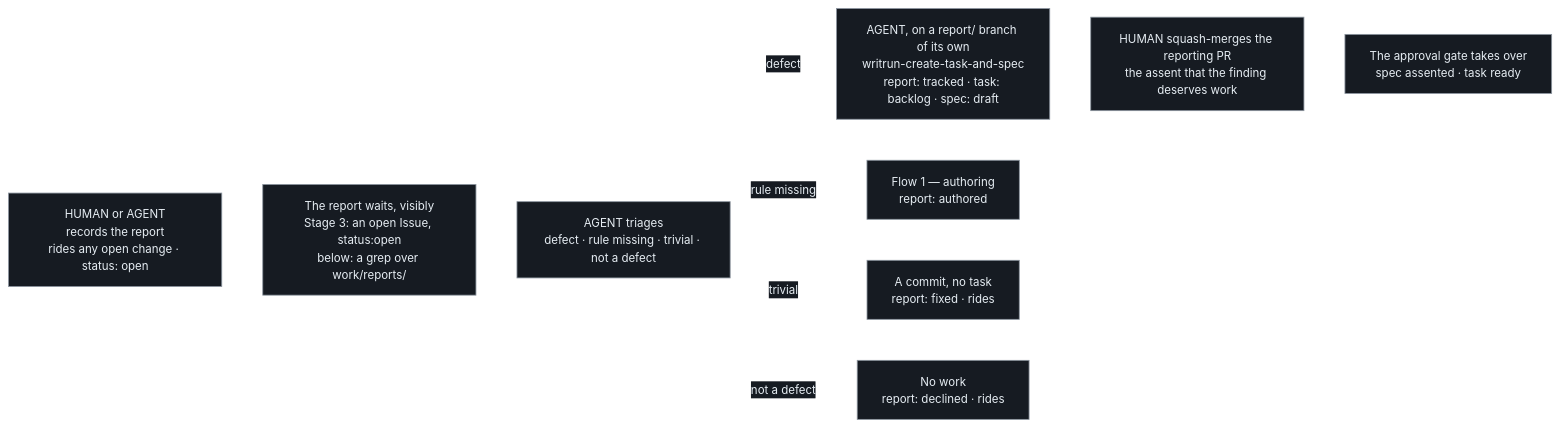
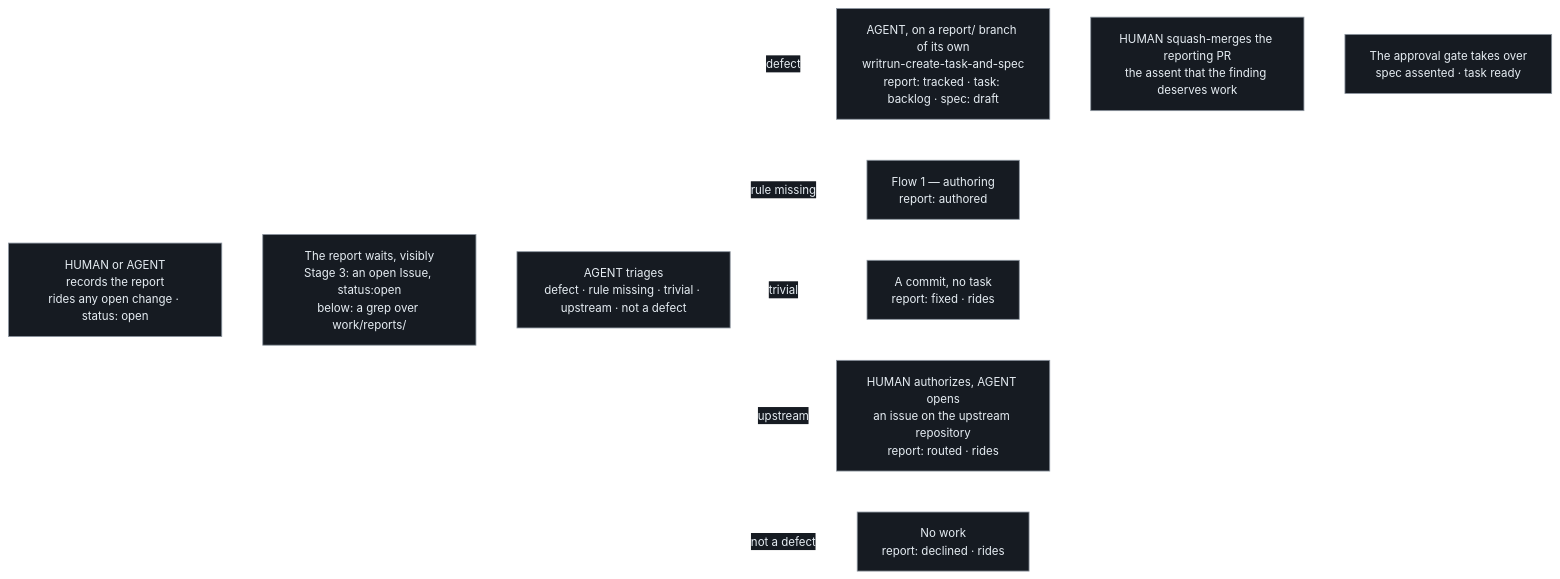
The second of 2 diagrams in docs/product/stage-1-tasks-and-specs/authoring.md (thomasfranke/writrun), drawn with Mermaid before and after one commit. The commit also changed other lines of this file and 10 other files, not shown here.

````diff
--- a/docs/product/stage-1-tasks-and-specs/authoring.md
+++ b/docs/product/stage-1-tasks-and-specs/authoring.md
@@ -155,15 +156,16 @@
 ```mermaid
 %%{init: {'theme':'base','themeVariables':{'background':'#0d1117','primaryColor':'#161b22','primaryTextColor':'#e6edf3','primaryBorderColor':'#8b949e','lineColor':'#ffffff','secondaryColor':'#161b22','tertiaryColor':'#161b22','fontSize':'14px'}}}%%
 flowchart LR
     A["HUMAN or AGENT<br/>records the report<br/>rides any open change · status: open"]
     W["The report waits, visibly<br/>Stage 3: an open Issue, status:open<br/>below: a grep over work/reports/"]
-    B["AGENT triages<br/>defect · rule missing · trivial · not a defect"]
+    B["AGENT triages<br/>defect · rule missing · trivial · upstream · not a defect"]
     C["AGENT, on a report/ branch of its own<br/>writrun-create-task-and-spec<br/>report: tracked · task: backlog · spec: draft"]
     H["HUMAN squash-merges the reporting PR<br/>the assent that the finding deserves work"]
     D["The approval gate takes over<br/>spec assented · task ready"]
     A --> W --> B
     B -->|"defect"| C --> H --> D
     B -->|"rule missing"| E["Flow 1 — authoring<br/>report: authored"]
     B -->|"trivial"| F["A commit, no task<br/>report: fixed · rides"]
+    B -->|"upstream"| U["HUMAN authorizes, AGENT opens<br/>an issue on the upstream repository<br/>report: routed · rides"]
     B -->|"not a defect"| G["No work<br/>report: declined · rides"]
 ```
````
